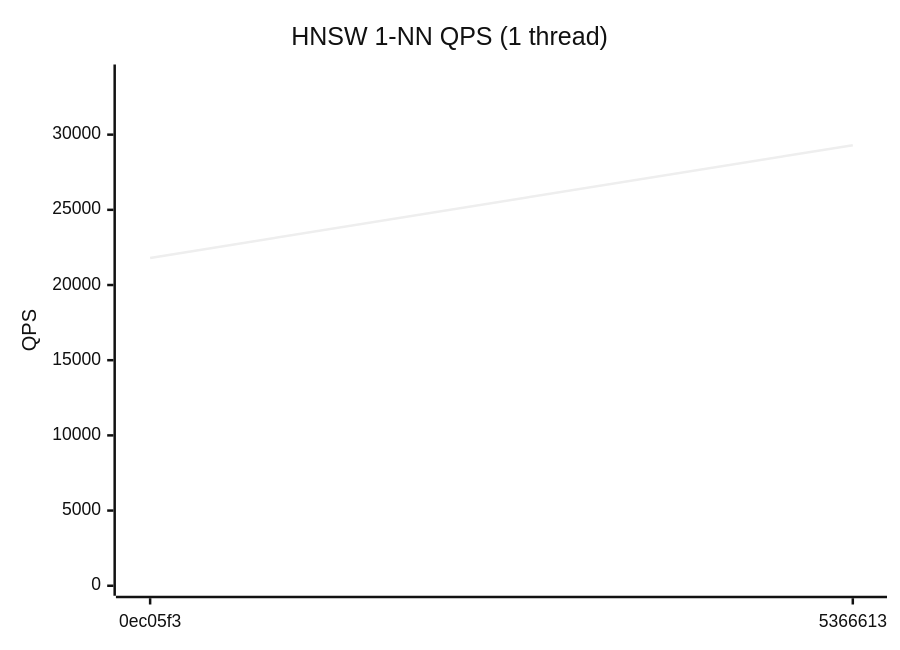
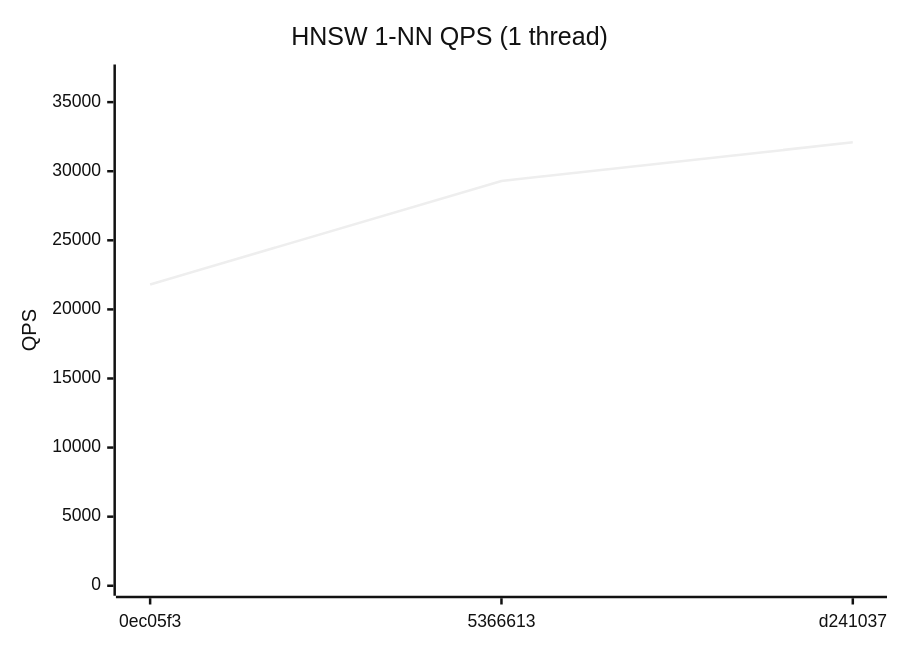
One commit to bibidhSubedi0/RedBoxDb changed the first of 4 diagrams in benchmarks/REPORT.md. Above: the diagram before and after it, drawn with Mermaid (neutral theme). The commit also changed other lines of this file and 1 other file, not shown here.

````diff
--- a/benchmarks/REPORT.md
+++ b/benchmarks/REPORT.md
@@ -19,7 +19,7 @@
 ```mermaid
 xychart-beta
   title "HNSW 1-NN QPS (1 thread)"
-  x-axis ["0ec05f3", "5366613"]
-  y-axis "QPS" 0 --> 34000
-  line [21803, 29297]
+  x-axis ["0ec05f3", "5366613", "d241037"]
+  y-axis "QPS" 0 --> 37000
+  line [21803, 29297, 32089]
 ```
````
